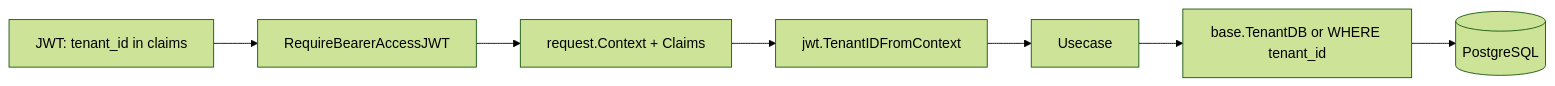
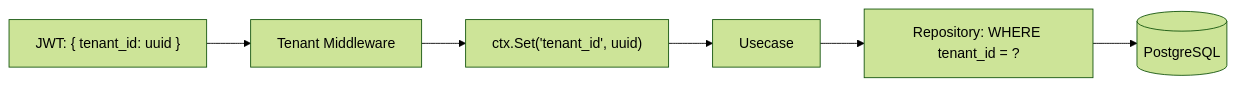
The fourth of 10 diagrams in ARCHITECTURE.md (KingWahid/inventory-be), drawn with Mermaid (forest theme) before and after one commit. The commit also changed other lines of this file and 128 other files, not shown here.

First line of the commit message:
chore: remove outdated architecture and task documentation

````diff
--- a/ARCHITECTURE.md
+++ b/ARCHITECTURE.md
@@ -400,9 +380,8 @@
 ```mermaid
 flowchart LR
-  JWT["JWT: tenant_id in claims"] --> Middleware["RequireBearerAccessJWT"]
-  Middleware --> ReqCtx["request.Context + Claims"]
-  ReqCtx --> TenantID["jwt.TenantIDFromContext"]
-  TenantID --> Usecase
-  Usecase --> Repo["base.TenantDB or WHERE tenant_id"]
+  JWT["JWT: { tenant_id: uuid }"] --> Middleware[Tenant Middleware]
+  Middleware --> Context["ctx.Set('tenant_id', uuid)"]
+  Context --> Usecase
+  Usecase --> Repo["Repository: WHERE tenant_id = ?"]
   Repo --> DB[(PostgreSQL)]
 ```
````
